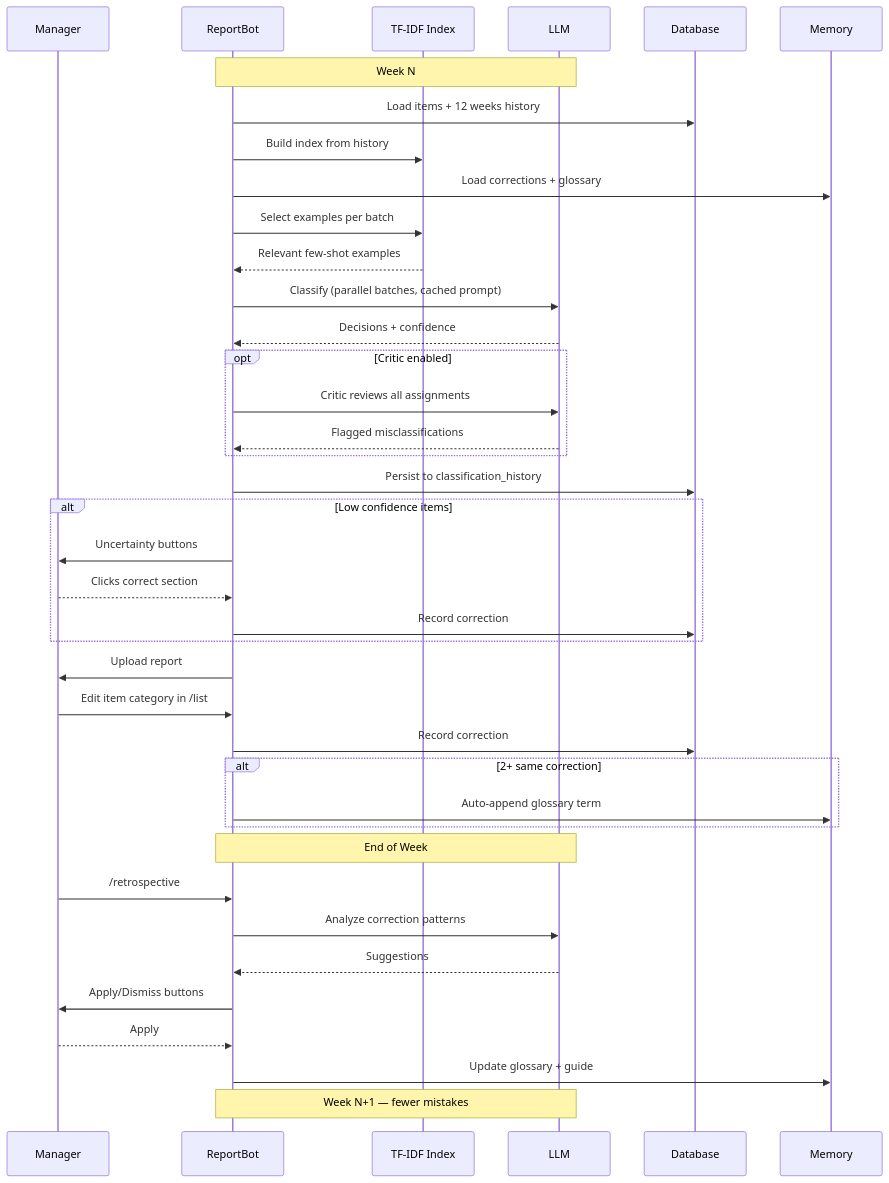
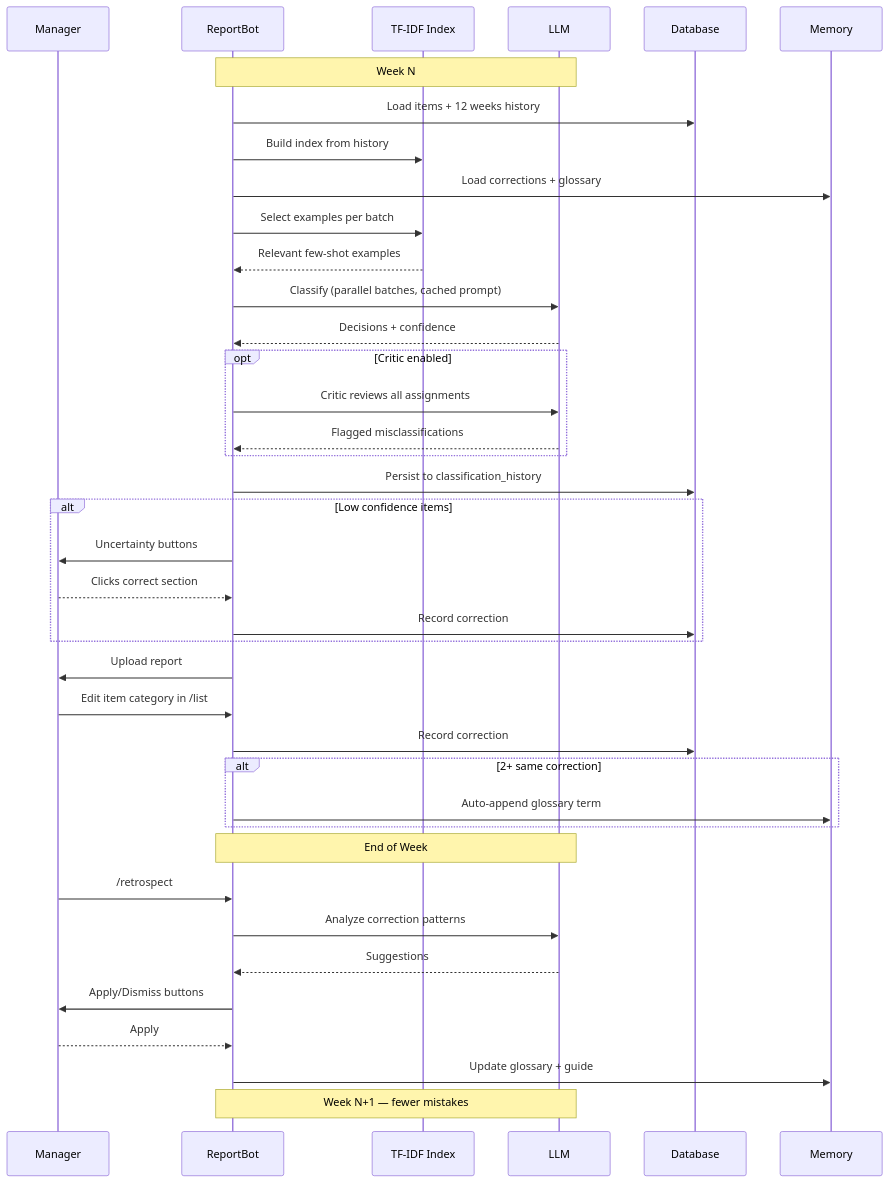
The third of 5 diagrams in docs/agentic-architecture.md (WZ/reportbot), drawn with Mermaid before and after one commit. The commit also changed other lines of this file and 6 other files, not shown here.

First line of the commit message:
Rename /retrospective to /retrospect, resolve section IDs to labels in retro glossary apply

````diff
--- a/docs/agentic-architecture.md
+++ b/docs/agentic-architecture.md
@@ -235,47 +235,47 @@
 ```mermaid
 sequenceDiagram
     participant M as Manager
     participant Bot as ReportBot
     participant TFIDF as TF-IDF Index
     participant LLM as LLM
     participant DB as Database
     participant Mem as Memory
 
     Note over Bot,LLM: Week N
     Bot->>DB: Load items + 12 weeks history
     Bot->>TFIDF: Build index from history
     Bot->>Mem: Load corrections + glossary
     Bot->>TFIDF: Select examples per batch
     TFIDF-->>Bot: Relevant few-shot examples
     Bot->>LLM: Classify (parallel batches, cached prompt)
     LLM-->>Bot: Decisions + confidence
     opt Critic enabled
         Bot->>LLM: Critic reviews all assignments
         LLM-->>Bot: Flagged misclassifications
     end
     Bot->>DB: Persist to classification_history
 
     alt Low confidence items
         Bot->>M: Uncertainty buttons
         M-->>Bot: Clicks correct section
         Bot->>DB: Record correction
     end
 
     Bot->>M: Upload report
     M->>Bot: Edit item category in /list
     Bot->>DB: Record correction
 
     alt 2+ same correction
         Bot->>Mem: Auto-append glossary term
     end
 
     Note over Bot,LLM: End of Week
-    M->>Bot: /retrospective
+    M->>Bot: /retrospect
     Bot->>LLM: Analyze correction patterns
     LLM-->>Bot: Suggestions
     Bot->>M: Apply/Dismiss buttons
     M-->>Bot: Apply
     Bot->>Mem: Update glossary + guide
 
     Note over Bot,LLM: Week N+1 — fewer mistakes
 ```
````
